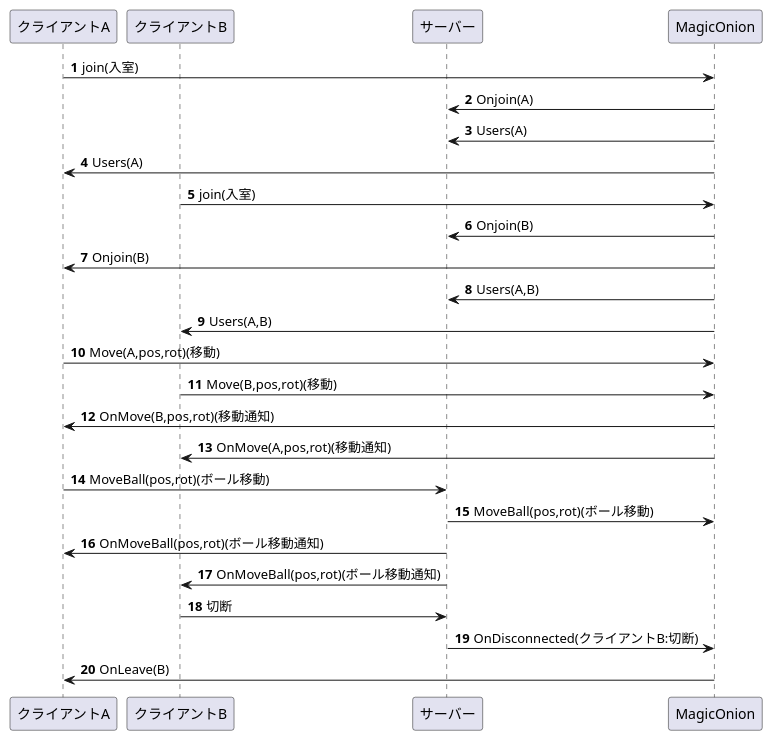
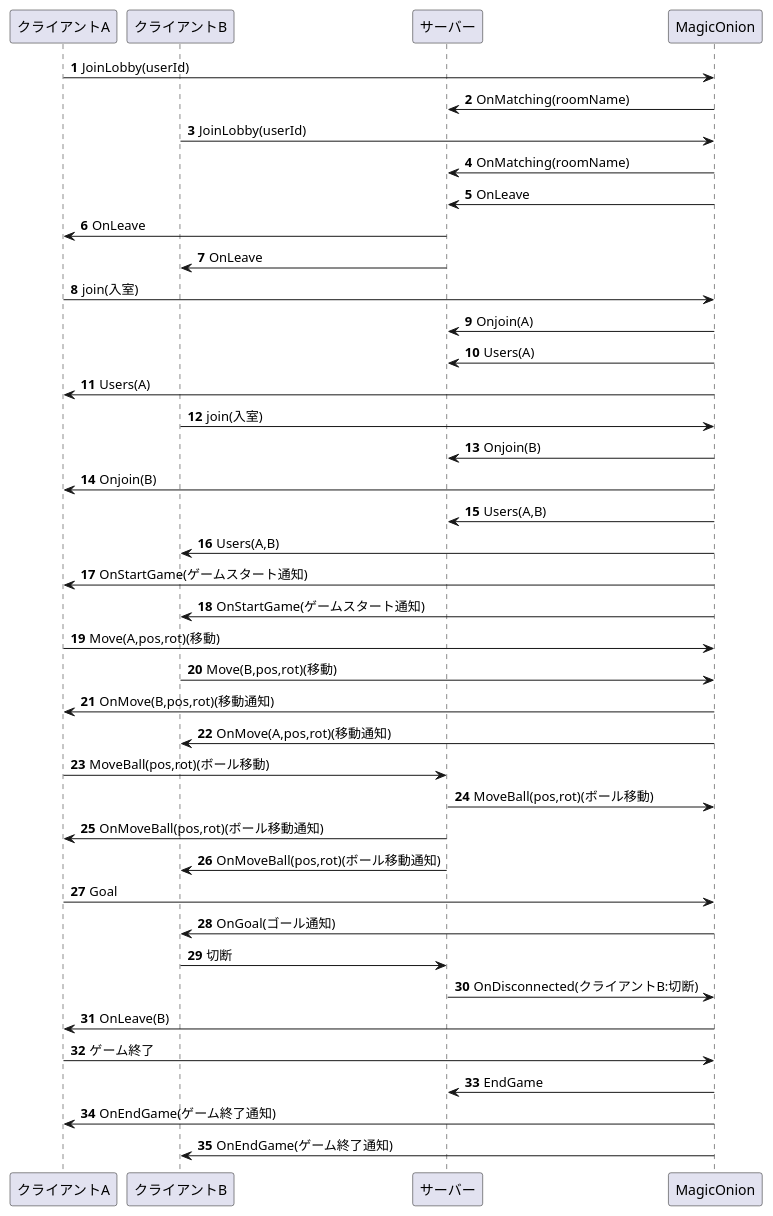
The diagram in Document/sample.puml (Afutum/RealTime), drawn with PlantUML before and after one commit. The commit also changed 10 other files, not shown here.

```diff
--- a/Document/sample.puml
+++ b/Document/sample.puml
@@ -1,36 +1,56 @@
 @startuml
 'botシーケンス図
 
 participant クライアントA
 participant クライアントB
 participant サーバー
 participant MagicOnion
 
 
 autonumber
 
+クライアントA -> MagicOnion:JoinLobby(userId)
+MagicOnion -> サーバー:OnMatching(roomName)
+クライアントB -> MagicOnion:JoinLobby(userId)
+MagicOnion -> サーバー:OnMatching(roomName)
+
+MagicOnion -> サーバー:OnLeave
+サーバー -> クライアントA:OnLeave
+サーバー -> クライアントB:OnLeave
+
 クライアントA -> MagicOnion:join(入室)
 サーバー <- MagicOnion:Onjoin(A)
 サーバー <- MagicOnion:Users(A)
 クライアントA <- MagicOnion:Users(A)
 クライアントB -> MagicOnion:join(入室)
 サーバー <- MagicOnion:Onjoin(B)
 クライアントA <- MagicOnion:Onjoin(B)
 サーバー <- MagicOnion:Users(A,B)
 クライアントB <- MagicOnion:Users(A,B)
+
+MagicOnion -> クライアントA:OnStartGame(ゲームスタート通知)
+MagicOnion -> クライアントB:OnStartGame(ゲームスタート通知)
 
 クライアントA -> MagicOnion:Move(A,pos,rot)(移動)
 クライアントB -> MagicOnion:Move(B,pos,rot)(移動)
 MagicOnion -> クライアントA:OnMove(B,pos,rot)(移動通知)
 MagicOnion -> クライアントB:OnMove(A,pos,rot)(移動通知)
 
 クライアントA -> サーバー:MoveBall(pos,rot)(ボール移動)
 サーバー -> MagicOnion:MoveBall(pos,rot)(ボール移動)
 サーバー -> クライアントA:OnMoveBall(pos,rot)(ボール移動通知)
 サーバー -> クライアントB:OnMoveBall(pos,rot)(ボール移動通知)
 
+クライアントA -> MagicOnion:Goal
+MagicOnion -> クライアントB:OnGoal(ゴール通知)
+
 クライアントB -> サーバー:切断
 サーバー -> MagicOnion:OnDisconnected(クライアントB:切断)
 MagicOnion -> クライアントA:OnLeave(B)
 
+クライアントA -> MagicOnion:ゲーム終了
+MagicOnion -> サーバー:EndGame
+MagicOnion -> クライアントA:OnEndGame(ゲーム終了通知)
+MagicOnion -> クライアントB:OnEndGame(ゲーム終了通知)
+
 @enduml '
```
